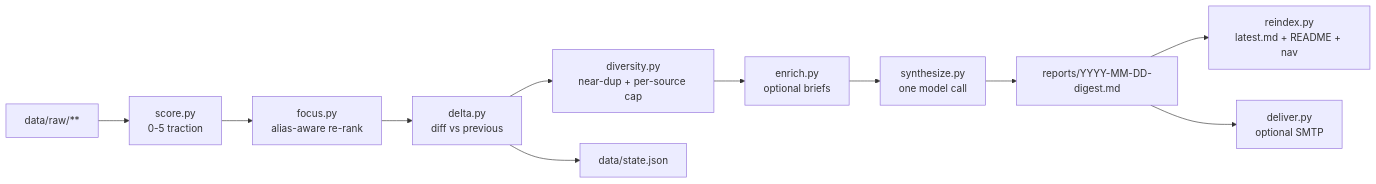
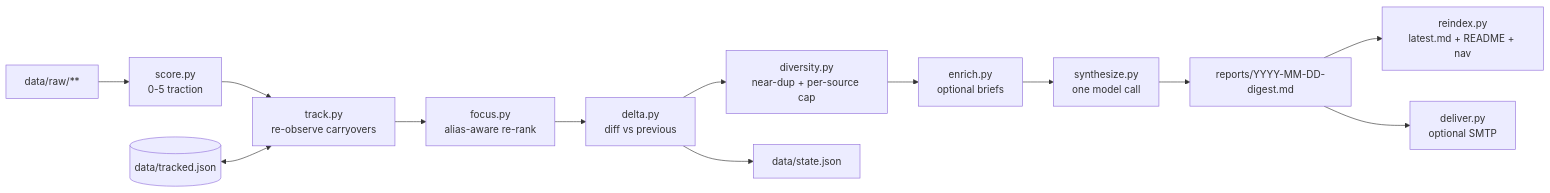
Before and after one commit to amaljithkuttamath/ai-radar: the second of 4 diagrams in docs/architecture.md, drawn with Mermaid. The commit also changed other lines of this file and 28 other files, not shown here.

````diff
--- a/docs/architecture.md
+++ b/docs/architecture.md
@@ -55,13 +56,15 @@
 ```mermaid
 flowchart LR
   A[data/raw/**] --> S[score.py<br/>0-5 traction]
-  S --> F[focus.py<br/>alias-aware re-rank]
+  S --> T[track.py<br/>re-observe carryovers]
+  TL[(data/tracked.json)] <--> T
+  T --> F[focus.py<br/>alias-aware re-rank]
   F --> D[delta.py<br/>diff vs previous]
   D --> DV[diversity.py<br/>near-dup + per-source cap]
   DV --> E[enrich.py<br/>optional briefs]
   E --> Y[synthesize.py<br/>one model call]
   Y --> O[reports/YYYY-MM-DD-digest.md]
   O --> R[reindex.py<br/>latest.md + README + nav]
   D --> ST[data/state.json]
   O --> V[deliver.py<br/>optional SMTP]
 ```
````
